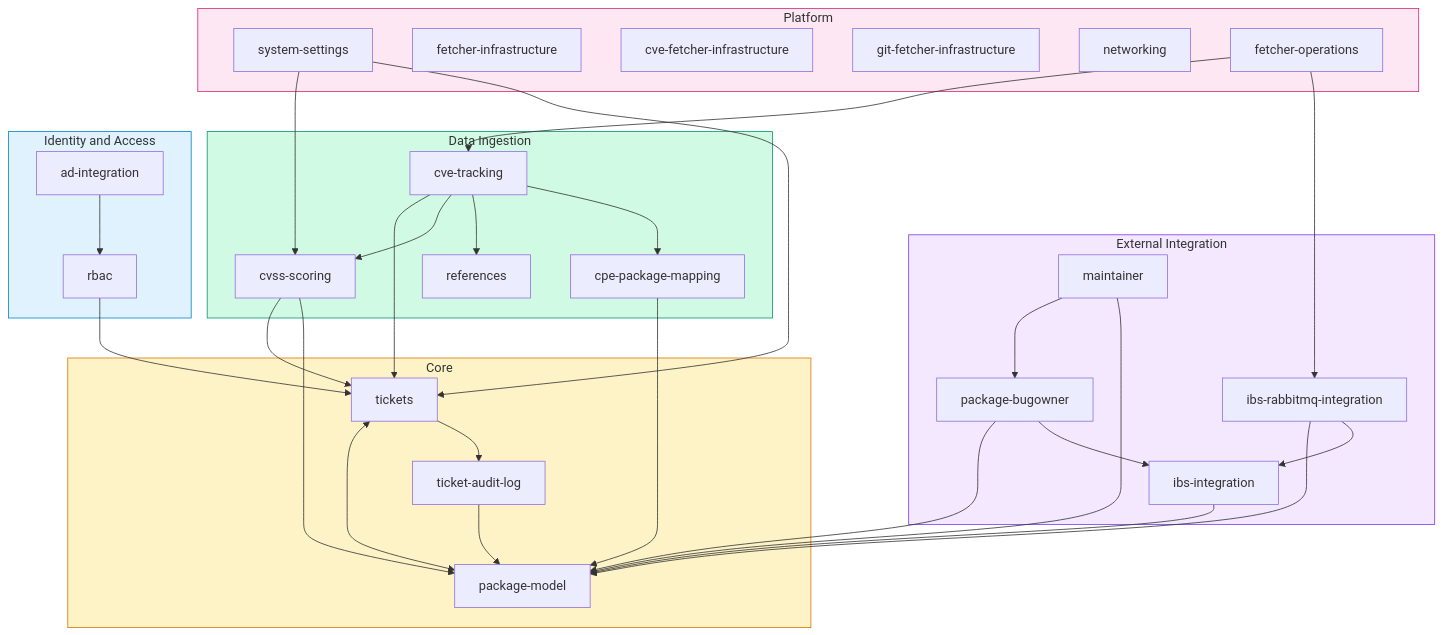
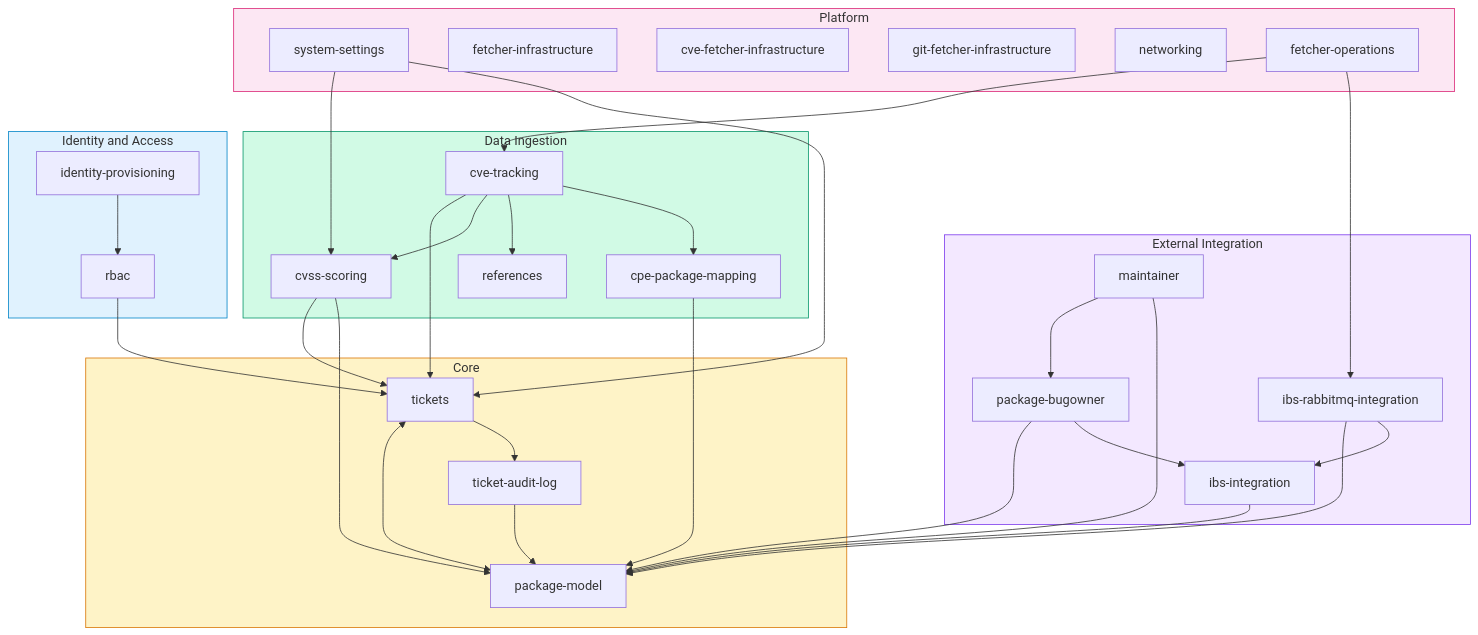
Before and after one commit to StayPirate/STAMP: the seventh of 7 diagrams in docs/system-map.md, drawn with Mermaid. The commit also changed other lines of this file and 26 other files, not shown here.

````diff
--- a/docs/system-map.md
+++ b/docs/system-map.md
@@ -685,77 +683,77 @@
 ```mermaid
 flowchart TD
     subgraph core["Core"]
         TICKETS["tickets"]
         HISTORY["ticket-audit-log"]
         PKG["package-model"]
     end
 
     subgraph ingestion["Data Ingestion"]
         CVE["cve-tracking"]
         CVSS["cvss-scoring"]
         REFS["references"]
         CPE_MAP["cpe-package-mapping"]
     end
 
     subgraph integration["External Integration"]
         OBS["ibs-integration"]
         RABBIT["ibs-rabbitmq-integration"]
         BUGOWNER["package-bugowner"]
         MAINT["maintainer"]
     end
 
     subgraph identity["Identity and Access"]
-        ADI["ad-integration"]
+        IDP["identity-provisioning"]
         RBAC["rbac"]
     end
 
     subgraph platform["Platform"]
         SETTINGS["system-settings"]
         FETCHER_INFRA["fetcher-infrastructure"]
         CVE_FETCHER_INFRA["cve-fetcher-infrastructure"]
         GIT_FETCHER_INFRA["git-fetcher-infrastructure"]
         NETWORKING["networking"]
         FETCHER["fetcher-operations"]
     end
 
     %% Core internal links
     TICKETS <--> PKG
     TICKETS --> HISTORY
 
     %% Ingestion → Core
     CVE --> TICKETS
     CVE --> CVSS
     CVE --> REFS
     CVE --> CPE_MAP
     CPE_MAP --> PKG
     CVSS --> TICKETS
     CVSS --> PKG
 
     %% Integration → Core
     OBS --> PKG
     RABBIT --> PKG
     RABBIT --> OBS
     BUGOWNER --> PKG
     BUGOWNER --> OBS
     MAINT --> BUGOWNER
     MAINT --> PKG
 
     %% Identity → Core
-    ADI --> RBAC
+    IDP --> RBAC
     RBAC --> TICKETS
 
     %% Platform → everything
     SETTINGS --> CVSS
     SETTINGS --> TICKETS
     FETCHER --> CVE
     FETCHER --> RABBIT
 
     %% History links
     HISTORY --> PKG
 
     style core fill:#fef3c7,stroke:#d97706
     style ingestion fill:#d1fae5,stroke:#059669
     style integration fill:#f3e8ff,stroke:#7c3aed
     style identity fill:#e0f2fe,stroke:#0284c7
     style platform fill:#fce7f3,stroke:#db2777
 ```
````
